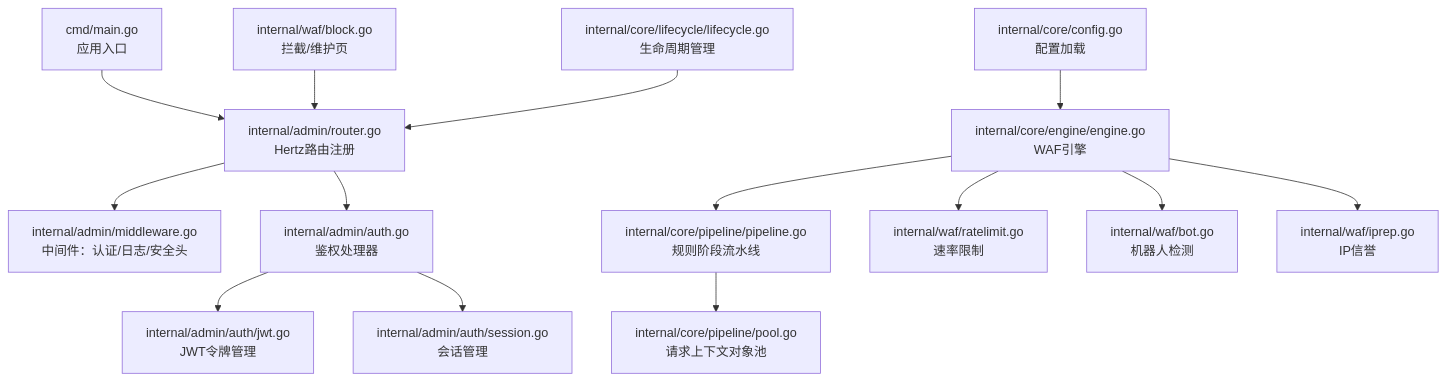
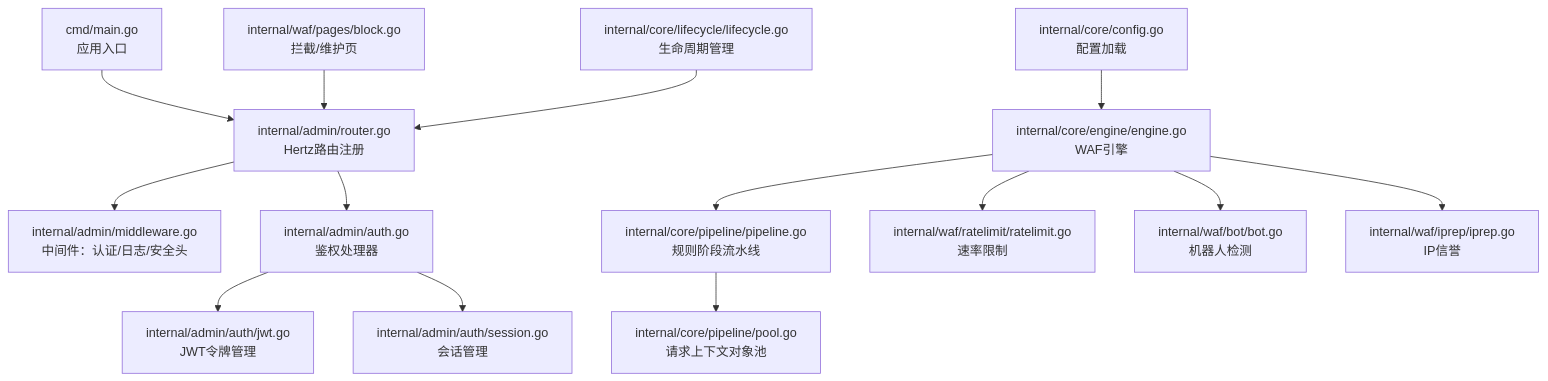
Before and after one commit to x01n/My-OpenWaf: the first of 10 diagrams in docs/扩展与插件系统/中间件开发.md, drawn with Mermaid. The commit also changed other lines of this file and 354 other files, not shown here.

````diff
--- a/docs/扩展与插件系统/中间件开发.md
+++ b/docs/扩展与插件系统/中间件开发.md
@@ -40,16 +40,16 @@
 ```mermaid
 graph TB
 A["cmd/main.go<br/>应用入口"] --> B["internal/admin/router.go<br/>Hertz路由注册"]
 B --> C["internal/admin/middleware.go<br/>中间件：认证/日志/安全头"]
 B --> D["internal/admin/auth.go<br/>鉴权处理器"]
 D --> E["internal/admin/auth/jwt.go<br/>JWT令牌管理"]
 D --> F["internal/admin/auth/session.go<br/>会话管理"]
 G["internal/core/engine/engine.go<br/>WAF引擎"] --> H["internal/core/pipeline/pipeline.go<br/>规则阶段流水线"]
 H --> I["internal/core/pipeline/pool.go<br/>请求上下文对象池"]
-G --> J["internal/waf/ratelimit.go<br/>速率限制"]
-G --> K["internal/waf/bot.go<br/>机器人检测"]
-G --> L["internal/waf/iprep.go<br/>IP信誉"]
-M["internal/waf/block.go<br/>拦截/维护页"] --> B
+G --> J["internal/waf/ratelimit/ratelimit.go<br/>速率限制"]
+G --> K["internal/waf/bot/bot.go<br/>机器人检测"]
+G --> L["internal/waf/iprep/iprep.go<br/>IP信誉"]
+M["internal/waf/pages/block.go<br/>拦截/维护页"] --> B
 N["internal/core/lifecycle/lifecycle.go<br/>生命周期管理"] --> B
 O["internal/core/config.go<br/>配置加载"] --> G
 ```
````
